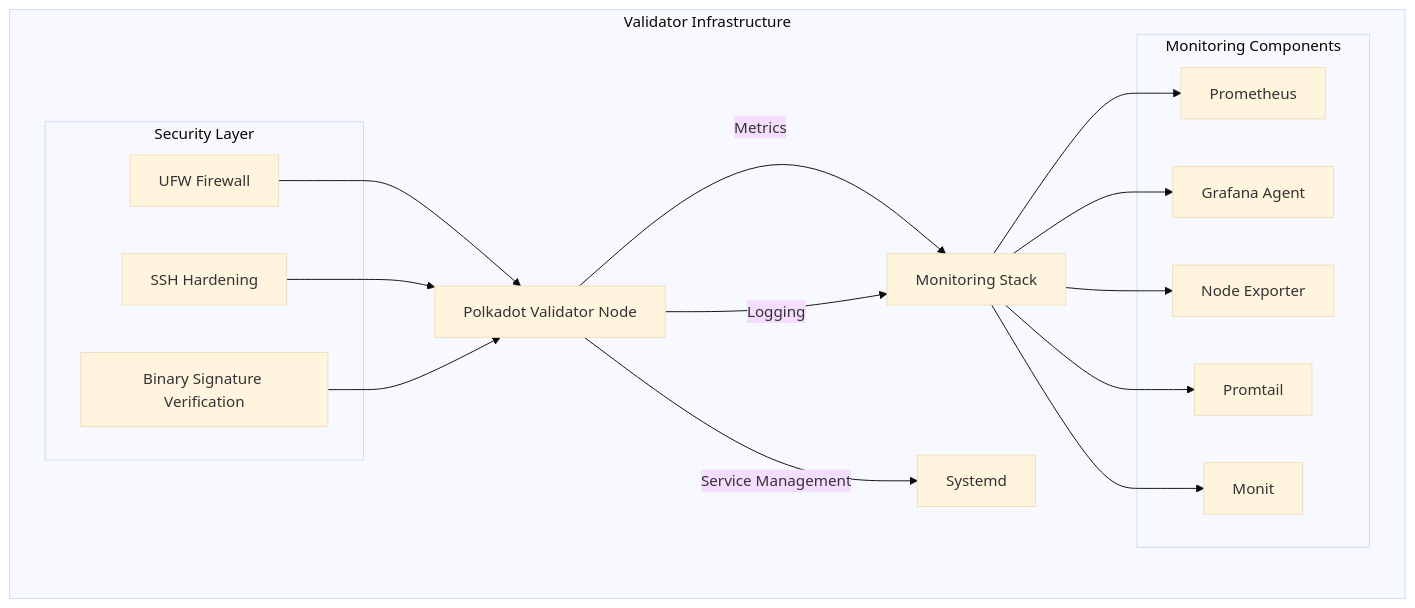
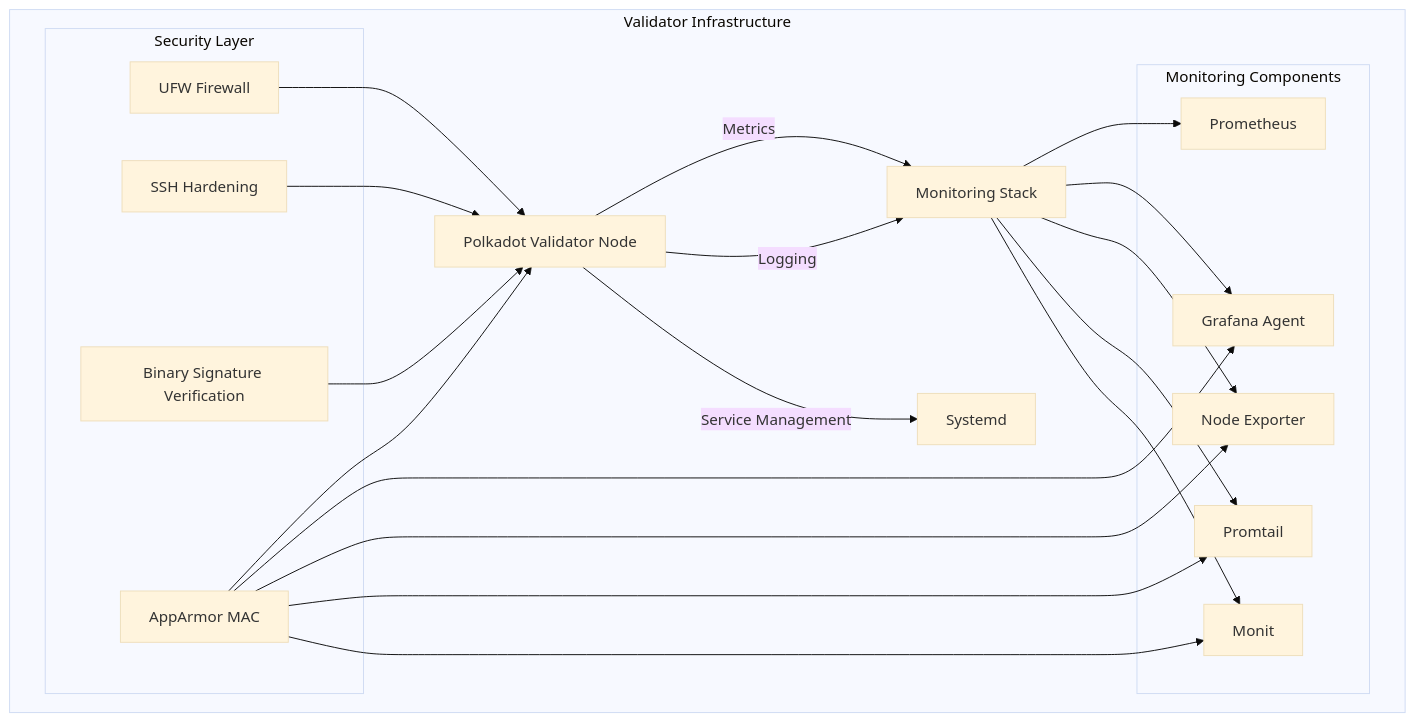
The first of 2 diagrams in README.md (pampatzoglou/provision-validators), drawn with Mermaid (base theme) before and after one commit. The commit also changed other lines of this file and 41 other files, not shown here.

````diff
--- a/README.md
+++ b/README.md
@@ -9,32 +9,38 @@
 ```mermaid
 graph TD
     subgraph Validator Infrastructure
         A[Polkadot Validator Node] --> |Metrics| B[Monitoring Stack]
         A --> |Logging| B
         A --> |Service Management| C[Systemd]
         
         subgraph Security Layer
             D[UFW Firewall]
             E[SSH Hardening]
             F[Binary Signature Verification]
+            M[AppArmor MAC]
         end
         
         subgraph Monitoring Components
             G[Prometheus]
             H[Grafana Agent]
             I[Node Exporter]
             J[Promtail]
             K[Monit]
         end
     end
 
     B --> G
     B --> H
     B --> I
     B --> J
     B --> K
 
     D --> A
     E --> A
     F --> A
+    M --> A
+    M --> H
+    M --> I
+    M --> J
+    M --> K
 ```
````
